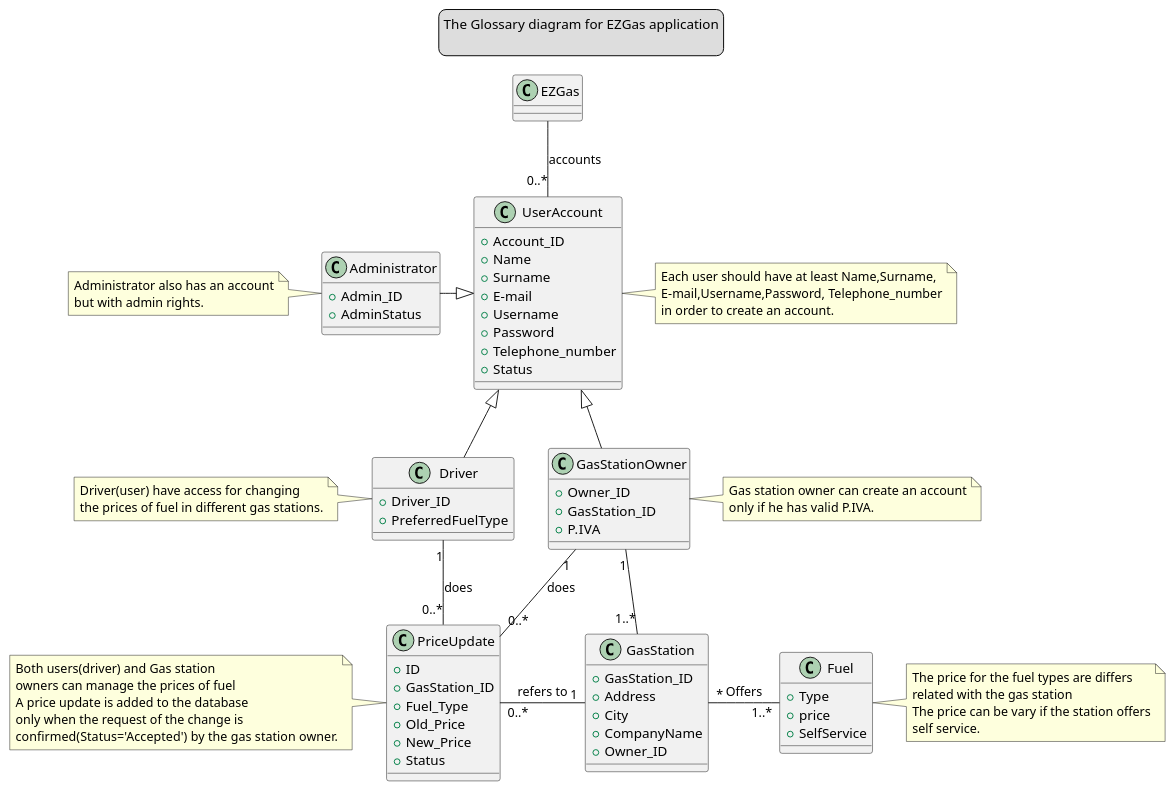
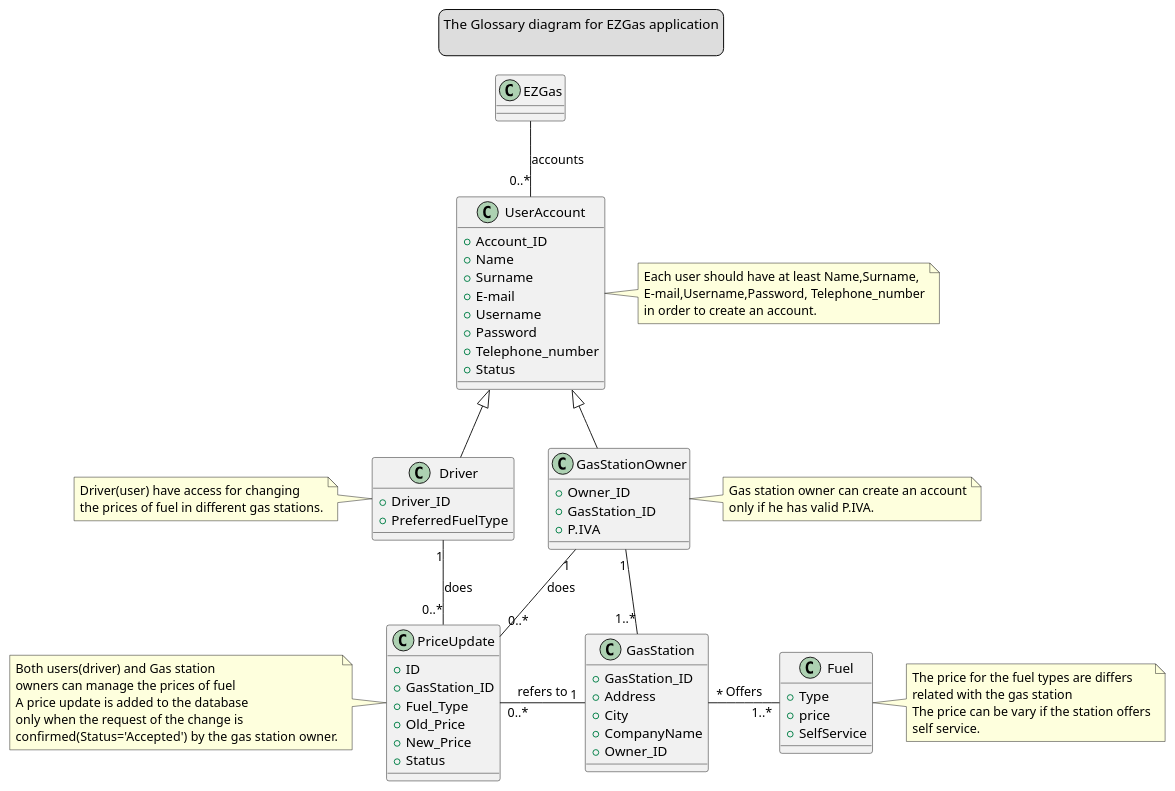
One commit to HeydarliAtabay/EZgas changed the third of 4 diagrams in docs/RequirementsDocument.md. Above: the diagram before and after it, drawn with PlantUML.

Commit message:
Last Changes for Glossary diagram

````diff
--- a/docs/RequirementsDocument.md
+++ b/docs/RequirementsDocument.md
@@ -323,10 +323,7 @@
 + Driver_ID
 + PreferredFuelType
 }
-class Administrator {
-+ Admin_ID
-+ AdminStatus
-}
+
 class GasStation  {
 + GasStation_ID
 + Address
@@ -347,7 +344,6 @@
 
 Driver -up-|>  UserAccount 
 GasStationOwner -left-|> UserAccount 
-Administrator -right-|> UserAccount
 GasStationOwner "1"-down- "1..*" GasStation
 EZGas -- "0..*" UserAccount :accounts
 GasStation "*" -right- "1..*" Fuel : Offers  
@@ -397,11 +393,5 @@
 end note
 
 
-note left of Administrator
-Administrator also has an account
-but with admin rights.
-end note
-
-
 @enduml
 ```
````
